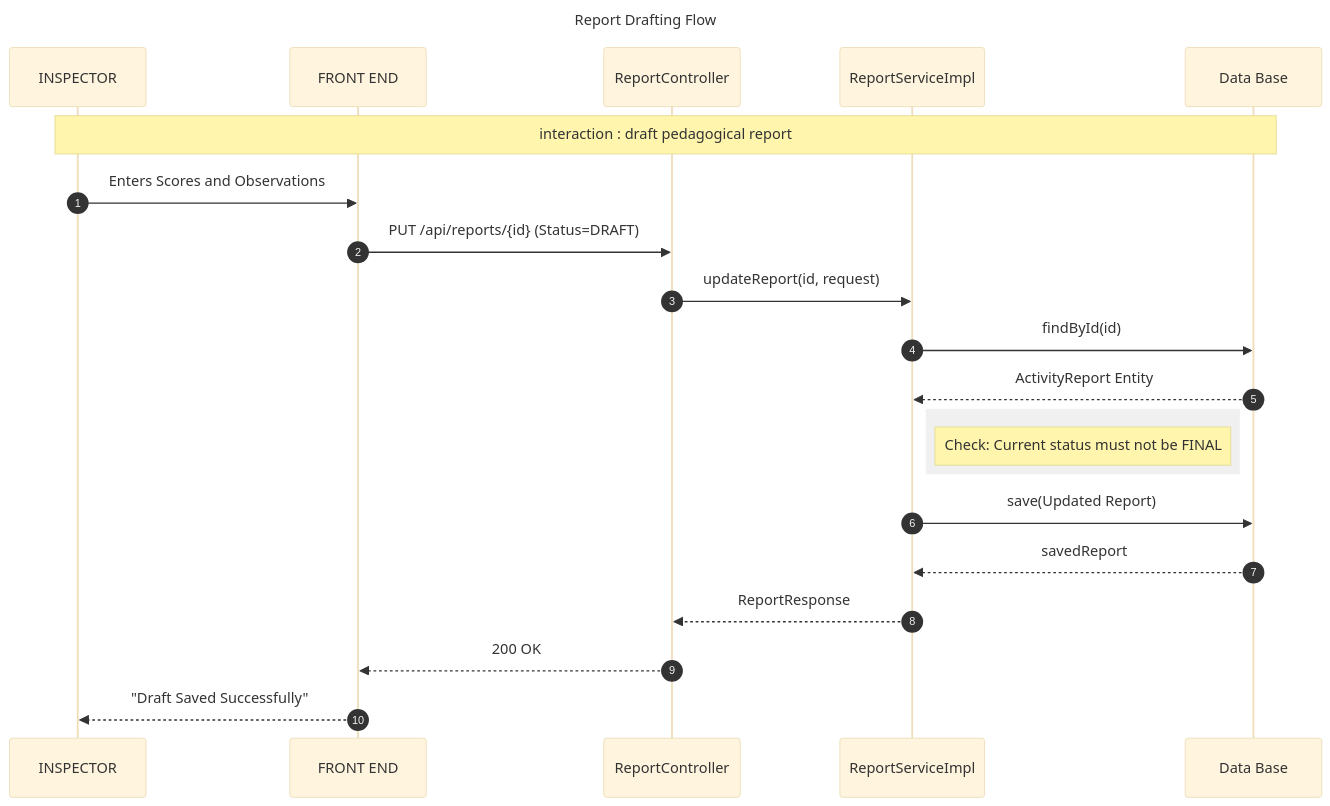
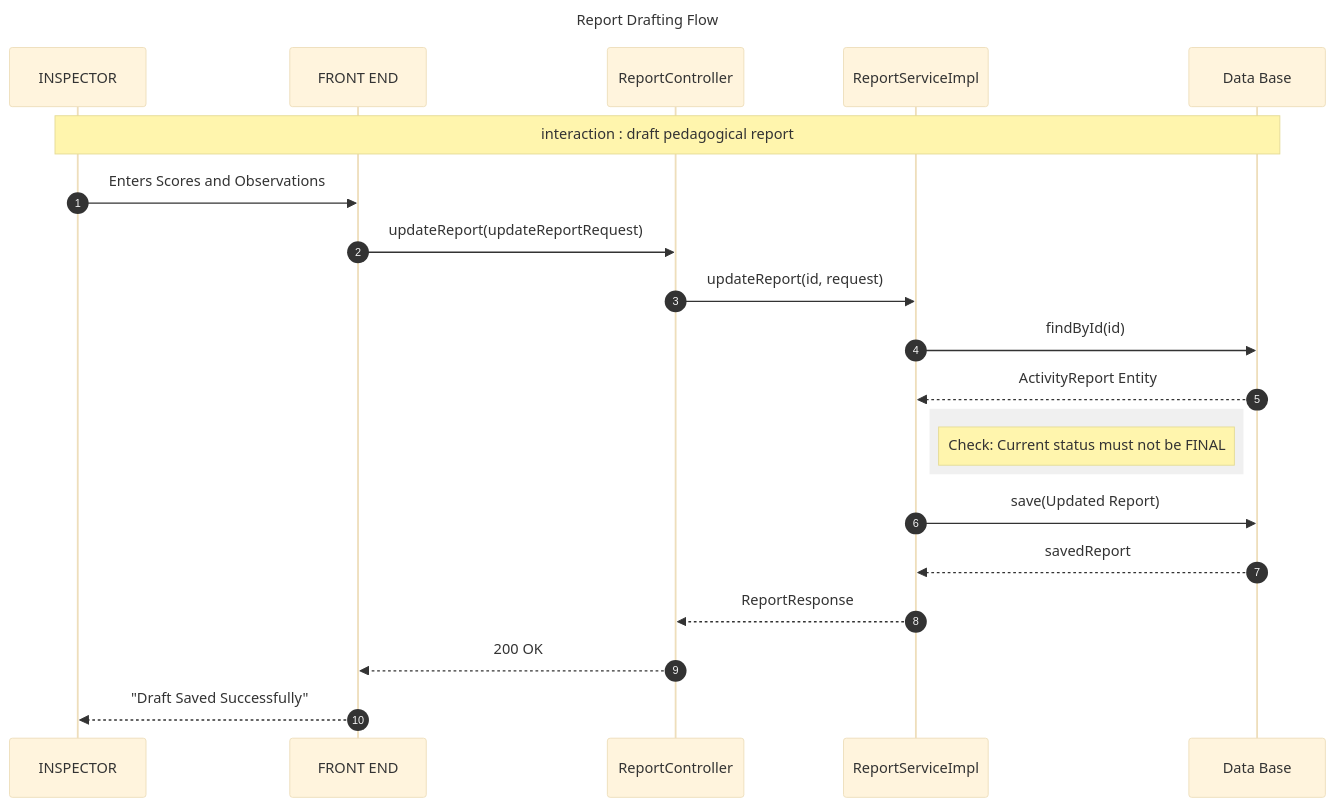
The second of 5 diagrams in uml_diagrams/sprint_2_sequences.md (chbichibsofiene/inspector), drawn with Mermaid (base theme) before and after one commit. The commit also changed other lines of this file and 145 other files, not shown here.

Commit message:
Integrated mobile app, updated UI elements, and synced all UML diagrams with backend implementation

````diff
--- a/uml_diagrams/sprint_2_sequences.md
+++ b/uml_diagrams/sprint_2_sequences.md
@@ -51,30 +51,30 @@
 ```mermaid
 sequenceDiagram
     title: Report Drafting Flow
     autonumber
     participant INS as INSPECTOR
     participant FE as FRONT END
     participant RC as ReportController
     participant RS as ReportServiceImpl
     participant DB as Data Base
 
     Note over INS, DB: interaction : draft pedagogical report
 
     INS->>FE: Enters Scores and Observations
-    FE->>RC: PUT /api/reports/{id} (Status=DRAFT)
+    FE->>RC: updateReport(updateReportRequest)
     RC->>RS: updateReport(id, request)
     
     RS->>DB: findById(id)
     DB-->>RS: ActivityReport Entity
 
     rect rgb(240, 240, 240)
         Note right of RS: Check: Current status must not be FINAL
     end
 
     RS->>DB: save(Updated Report)
     DB-->>RS: savedReport
 
     RS-->>RC: ReportResponse
     RC-->>FE: 200 OK
     FE-->>INS: "Draft Saved Successfully"
 ```
````
